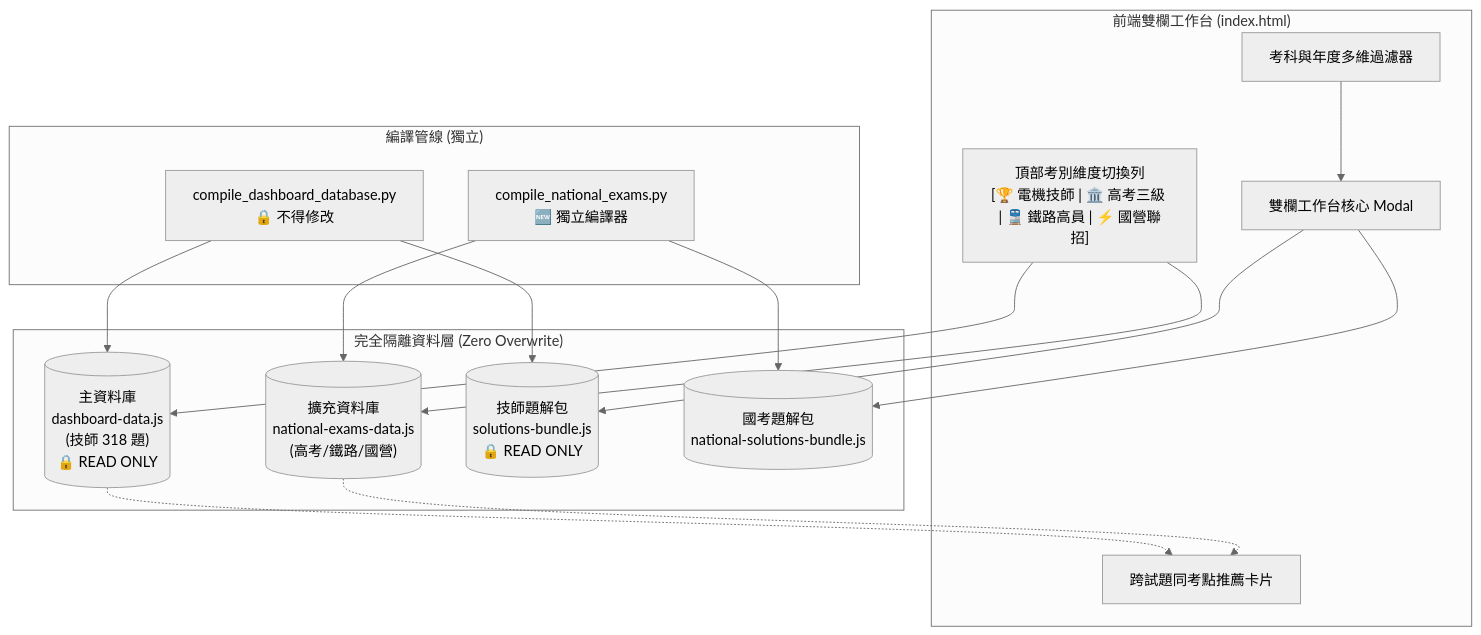
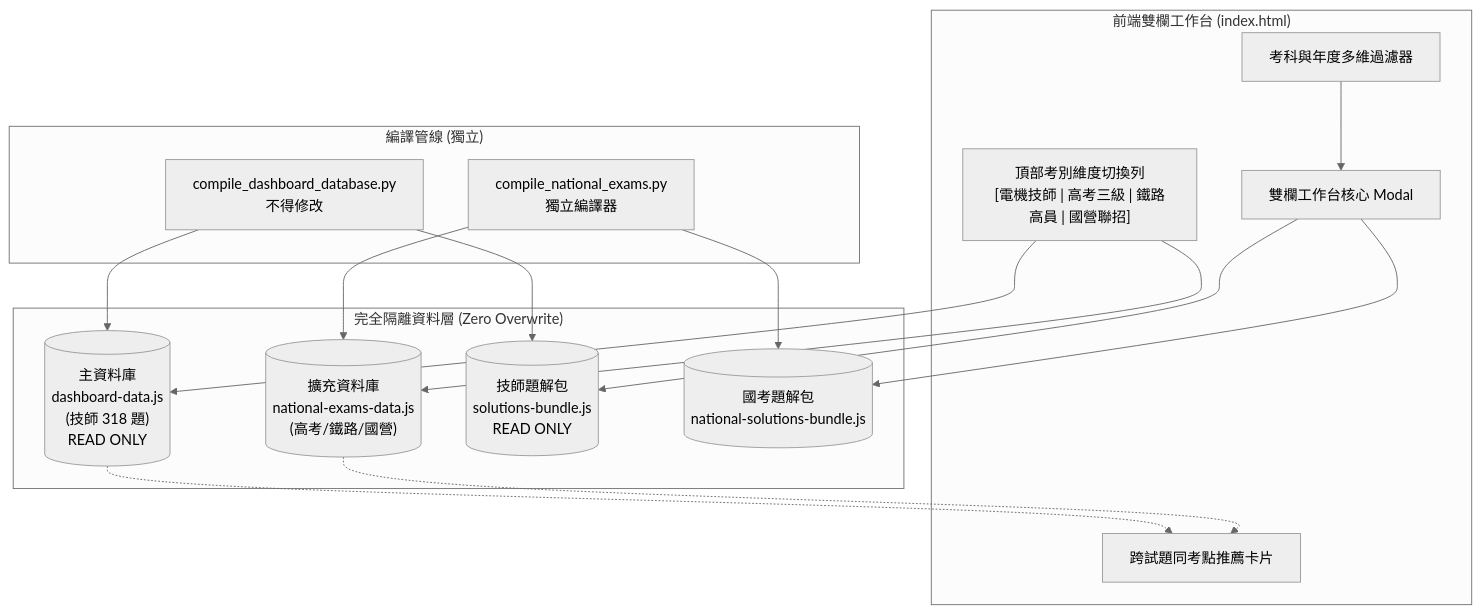
One commit to DB2BD/ee-exam-workbench changed the first of 2 diagrams in SPEC_國考同級參考題庫擴充架構規格書.md. Above: the diagram before and after it, drawn with Mermaid (neutral theme). The commit also changed other lines of this file and 12 other files, not shown here.

````diff
--- a/SPEC_國考同級參考題庫擴充架構規格書.md
+++ b/SPEC_國考同級參考題庫擴充架構規格書.md
@@ -39,33 +39,33 @@
 ```mermaid
 graph TD
     subgraph UI_Layer["前端雙欄工作台 (index.html)"]
-        Nav["頂部考別維度切換列<br>[🏆 電機技師 | 🏛️ 高考三級 | 🚆 鐵路高員 | ⚡ 國營聯招]"]
+        Nav["頂部考別維度切換列<br>[電機技師 | 高考三級 | 鐵路高員 | 國營聯招]"]
         Filter["考科與年度多維過濾器"]
         Split["雙欄工作台核心 Modal"]
         Bridge["跨試題同考點推薦卡片"]
     end
 
     subgraph Data_Isolation_Layer["完全隔離資料層 (Zero Overwrite)"]
-        PE_DB[("主資料庫<br>dashboard-data.js<br>(技師 318 題)<br>🔒 READ ONLY")]
+        PE_DB[("主資料庫<br>dashboard-data.js<br>(技師 318 題)<br>READ ONLY")]
         NAT_DB[("擴充資料庫<br>national-exams-data.js<br>(高考/鐵路/國營)")]
-        BUNDLE_PE[("技師題解包<br>solutions-bundle.js<br>🔒 READ ONLY")]
+        BUNDLE_PE[("技師題解包<br>solutions-bundle.js<br>READ ONLY")]
         BUNDLE_NAT[("國考題解包<br>national-solutions-bundle.js")]
     end
 
     subgraph Compilation_Layer["編譯管線 (獨立)"]
-        COMP_PE["compile_dashboard_database.py<br>🔒 不得修改"]
-        COMP_NAT["compile_national_exams.py<br>🆕 獨立編譯器"]
+        COMP_PE["compile_dashboard_database.py<br>不得修改"]
+        COMP_NAT["compile_national_exams.py<br>獨立編譯器"]
     end
 
     Nav --> PE_DB
     Nav --> NAT_DB
     Filter --> Split
     PE_DB -.-> Bridge
     NAT_DB -.-> Bridge
     Split --> BUNDLE_PE
     Split --> BUNDLE_NAT
     COMP_PE --> PE_DB
     COMP_PE --> BUNDLE_PE
     COMP_NAT --> NAT_DB
     COMP_NAT --> BUNDLE_NAT
 ```
````
